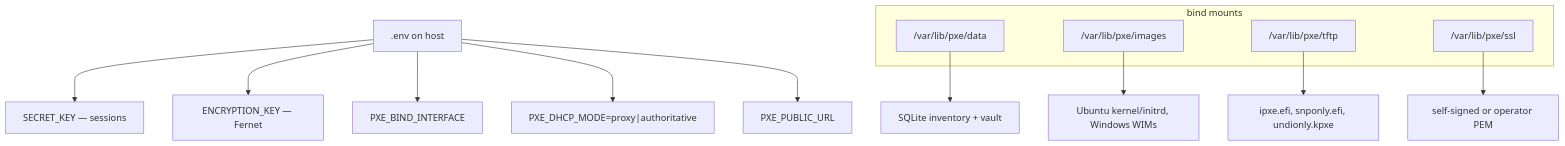
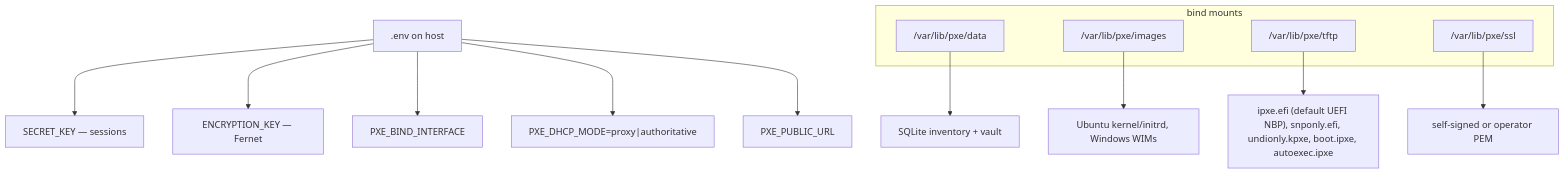
One commit to hometinker12/home-lab-pxe changed the third of 24 diagrams in ARCHITECTURE.md. Above: the diagram before and after it, drawn with Mermaid. The commit also changed other lines of this file and 19 other files, not shown here.

First line of the commit message:
Cut 0.3.4 with iPXE UEFI autoexec handoff and Files stub attention

````diff
--- a/ARCHITECTURE.md
+++ b/ARCHITECTURE.md
@@ -79,21 +79,21 @@
 ```mermaid
 flowchart TB
   ENV[".env on host"]
   ENV --> SK["SECRET_KEY — sessions"]
   ENV --> EK["ENCRYPTION_KEY — Fernet"]
   ENV --> IF["PXE_BIND_INTERFACE"]
   ENV --> MODE["PXE_DHCP_MODE=proxy|authoritative"]
   ENV --> URL["PXE_PUBLIC_URL"]
 
   subgraph mounts["bind mounts"]
     V1["/var/lib/pxe/data"]
     V2["/var/lib/pxe/images"]
     V3["/var/lib/pxe/tftp"]
     V4["/var/lib/pxe/ssl"]
   end
 
   V1 --> DB["SQLite inventory + vault"]
   V2 --> PAY["Ubuntu kernel/initrd, Windows WIMs"]
-  V3 --> BIN["ipxe.efi, snponly.efi, undionly.kpxe"]
+  V3 --> BIN["ipxe.efi (default UEFI NBP), snponly.efi, undionly.kpxe, boot.ipxe, autoexec.ipxe"]
   V4 --> TLS["self-signed or operator PEM"]
 ```
````
